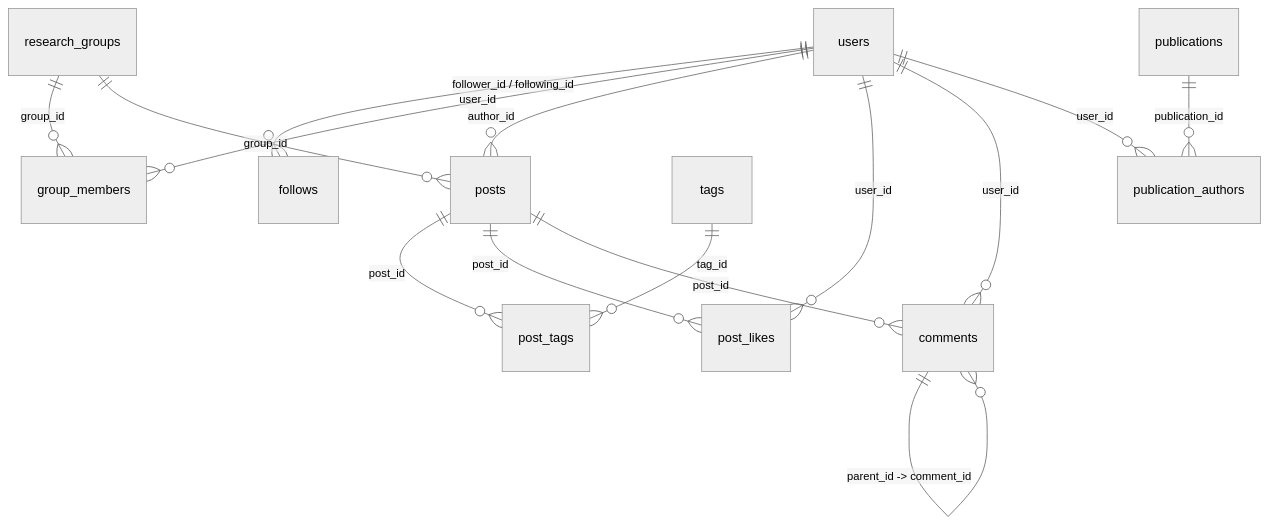
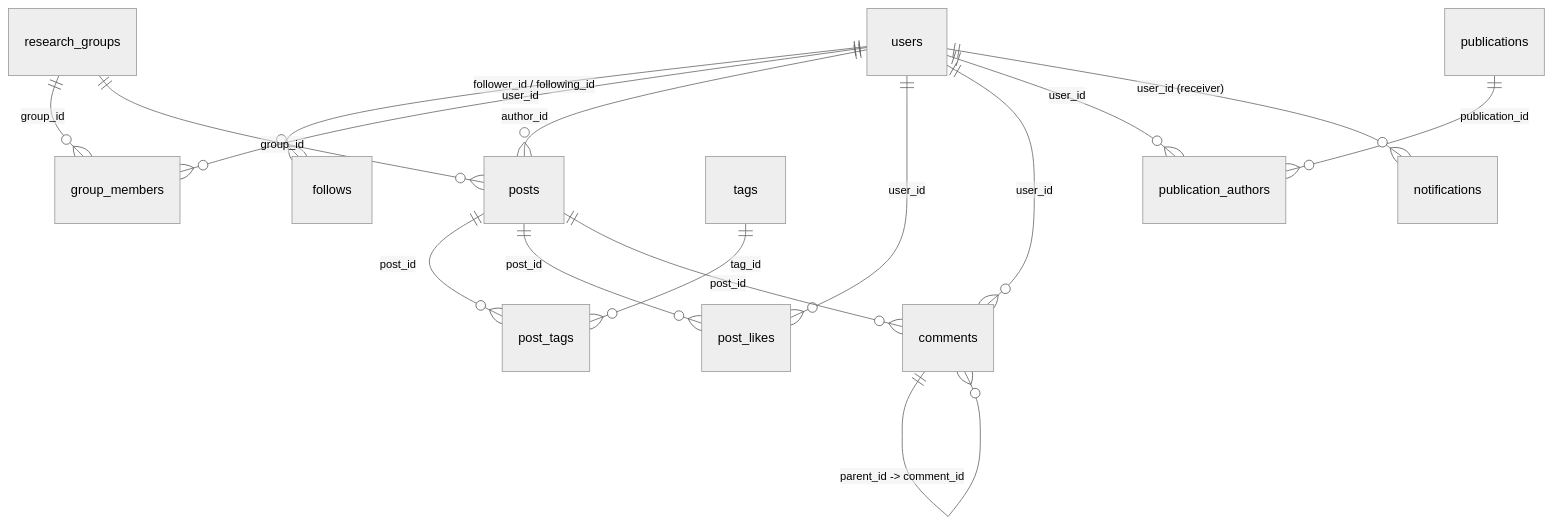
One commit to Giaugg/ARI-Research-Lab changed the diagram in README.md. Above: the diagram before and after it, drawn with Mermaid (neutral theme). The commit also changed other lines of this file and 17 other files, not shown here.

````diff
--- a/README.md
+++ b/README.md
@@ -24,17 +34,18 @@
 ```mermaid
 erDiagram
     users ||--o{ follows : "follower_id / following_id"
     users ||--o{ group_members : "user_id"
     research_groups ||--o{ group_members : "group_id"
     research_groups ||--o{ posts : "group_id"
     users ||--o{ posts : "author_id"
     posts ||--o{ post_tags : "post_id"
     tags ||--o{ post_tags : "tag_id"
     posts ||--o{ post_likes : "post_id"
     users ||--o{ post_likes : "user_id"
     posts ||--o{ comments : "post_id"
     users ||--o{ comments : "user_id"
     comments ||--o{ comments : "parent_id -> comment_id"
     publications ||--o{ publication_authors : "publication_id"
     users ||--o{ publication_authors : "user_id"
+    users ||--o{ notifications : "user_id (receiver)"
 ```
````
